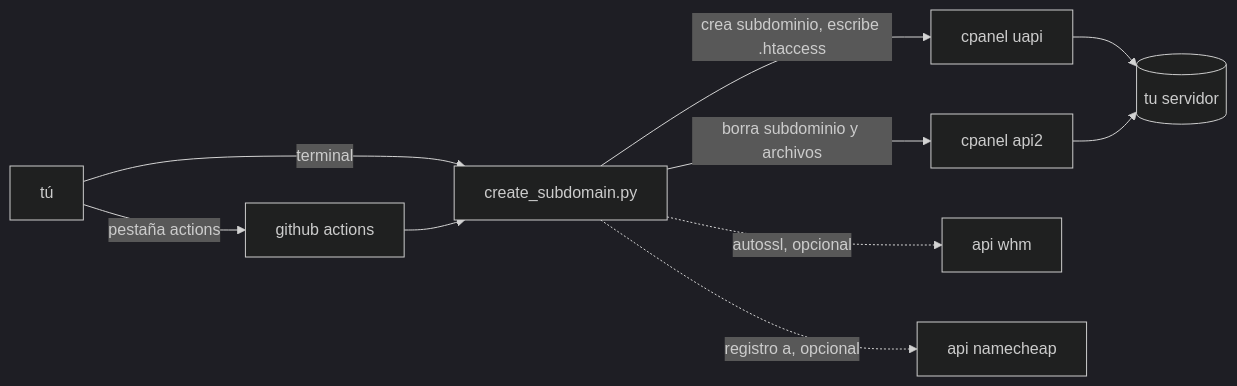
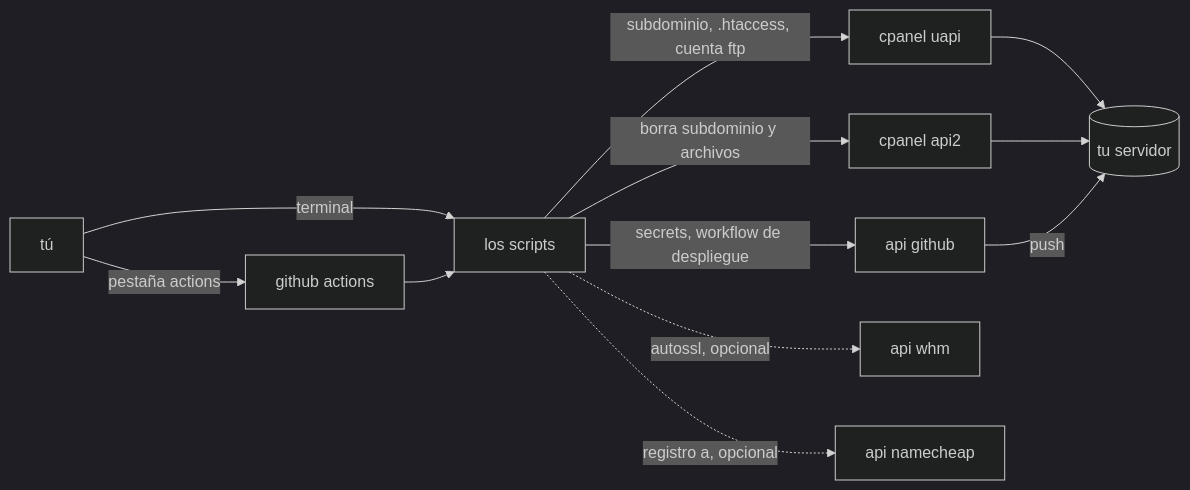
Before and after one commit to leandroestrella/hammerspace: the diagram in README.es.md, drawn with Mermaid. The commit also changed other lines of this file and 14 other files, not shown here.

````diff
--- a/README.es.md
+++ b/README.es.md
@@ -28,13 +28,15 @@
 ```mermaid
 %%{init: {'theme': 'dark'}}%%
 flowchart LR
     YOU[tú] -->|pestaña actions| GHA[github actions]
-    YOU -->|terminal| CLI[create_subdomain.py]
+    YOU -->|terminal| CLI[los scripts]
     GHA --> CLI
-    CLI -->|crea subdominio, escribe .htaccess| UAPI[cpanel uapi]
+    CLI -->|subdominio, .htaccess, cuenta ftp| UAPI[cpanel uapi]
     CLI -->|borra subdominio y archivos| API2[cpanel api2]
+    CLI -->|secrets, workflow de despliegue| GH[api github]
     CLI -.->|autossl, opcional| WHM[api whm]
     CLI -.->|registro a, opcional| NC[api namecheap]
     UAPI --> SRV[(tu servidor)]
     API2 --> SRV
+    GH -->|push| SRV
 ```
````
